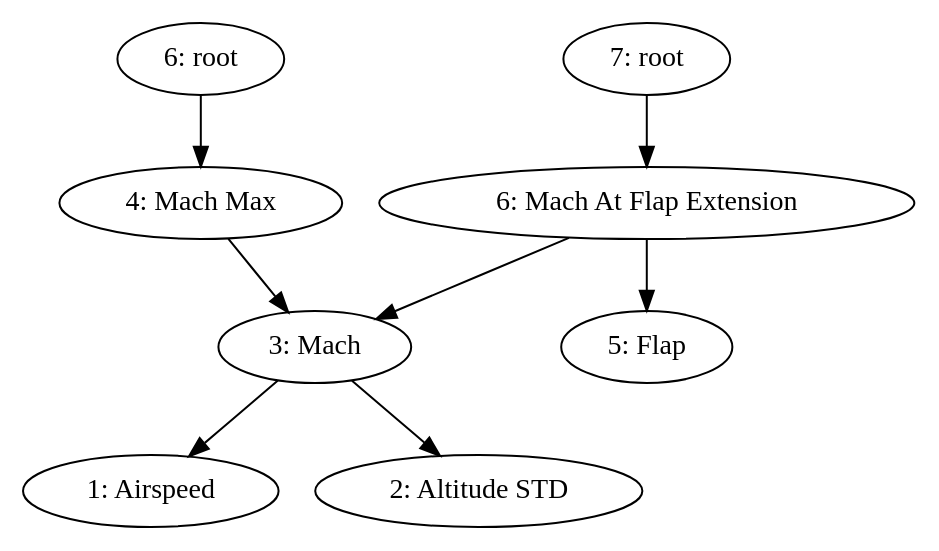
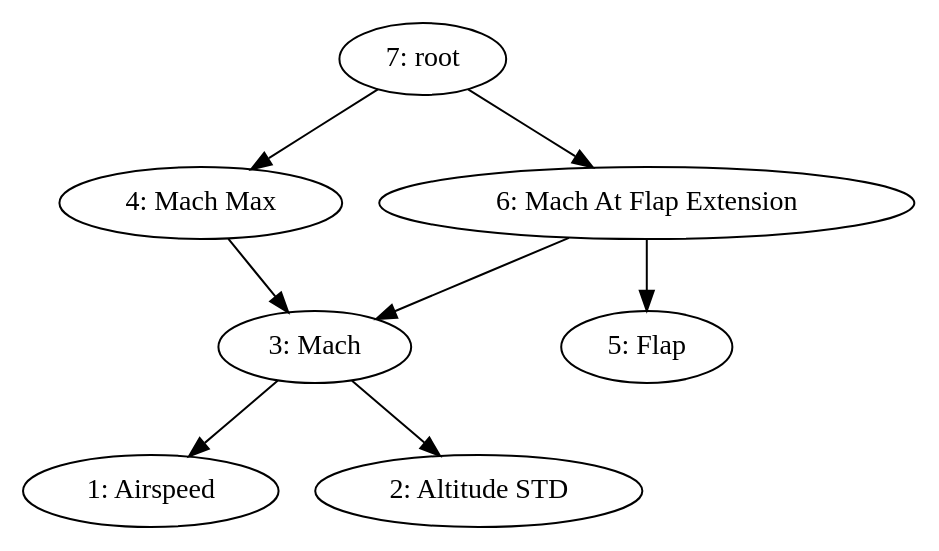
The seventh of 8 diagrams in doc/source/DependencyTree.rst (catawbasam/FlightDataAnalyzer), drawn with Graphviz before and after one commit. The commit also changed 2 other files, not shown here.

Commit message:
Minor doc fixes

```diff
--- a/doc/source/DependencyTree.rst
+++ b/doc/source/DependencyTree.rst
@@ -222,6 +222,6 @@
 .. digraph:: MachMaxProcessingOrder  
 
-   "6: root" -> "4: Mach Max" -> "3: Mach" -> "1: Airspeed";
+   "7: root" -> "4: Mach Max" -> "3: Mach" -> "1: Airspeed";
    "3: Mach" -> "2: Altitude STD";
    "7: root" -> "6: Mach At Flap Extension" -> "3: Mach";
    "6: Mach At Flap Extension" -> "5: Flap";   
```
